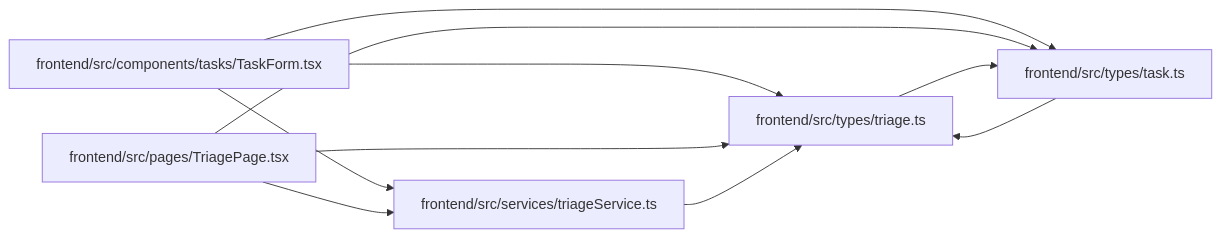
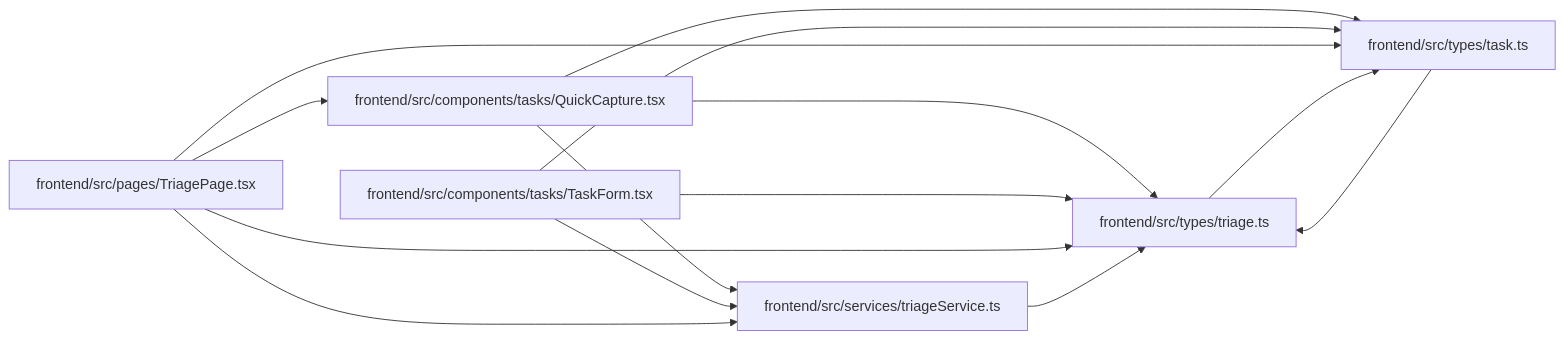
One commit to Denissvgn/WorkChord changed the diagram in docs/llm_wiki/modules/types_triage.md. Above: the diagram before and after it, drawn with Mermaid. The commit also changed other lines of this file and 386 other files, not shown here.

Commit message:
docs(wiki): refresh for quick capture

````diff
--- a/docs/llm_wiki/modules/types_triage.md
+++ b/docs/llm_wiki/modules/types_triage.md
@@ -26,22 +26,28 @@
 ```mermaid
 flowchart LR
-    n0["frontend/src/components/tasks/TaskForm.tsx"]
-    n1["frontend/src/pages/TriagePage.tsx"]
-    n2["frontend/src/services/triageService.ts"]
-    n3["frontend/src/types/task.ts"]
-    n4["frontend/src/types/triage.ts"]
-    n0 --> n2
+    n0["frontend/src/components/tasks/QuickCapture.tsx"]
+    n1["frontend/src/components/tasks/TaskForm.tsx"]
+    n2["frontend/src/pages/TriagePage.tsx"]
+    n3["frontend/src/services/triageService.ts"]
+    n4["frontend/src/types/task.ts"]
+    n5["frontend/src/types/triage.ts"]
     n0 --> n3
     n0 --> n4
-    n1 --> n2
+    n0 --> n5
     n1 --> n3
     n1 --> n4
+    n1 --> n5
+    n2 --> n0
+    n2 --> n3
     n2 --> n4
-    n3 --> n4
-    n4 --> n3
-    click n0 "../modules/TaskForm.md"
-    click n1 "../modules/TriagePage.md"
-    click n2 "../modules/triageService.md"
-    click n3 "../modules/types_task.md"
-    click n4 "../modules/types_triage.md"
+    n2 --> n5
+    n3 --> n5
+    n4 --> n5
+    n5 --> n4
+    click n0 "../modules/QuickCapture.md"
+    click n1 "../modules/TaskForm.md"
+    click n2 "../modules/TriagePage.md"
+    click n3 "../modules/triageService.md"
+    click n4 "../modules/types_task.md"
+    click n5 "../modules/types_triage.md"
 ```
````
